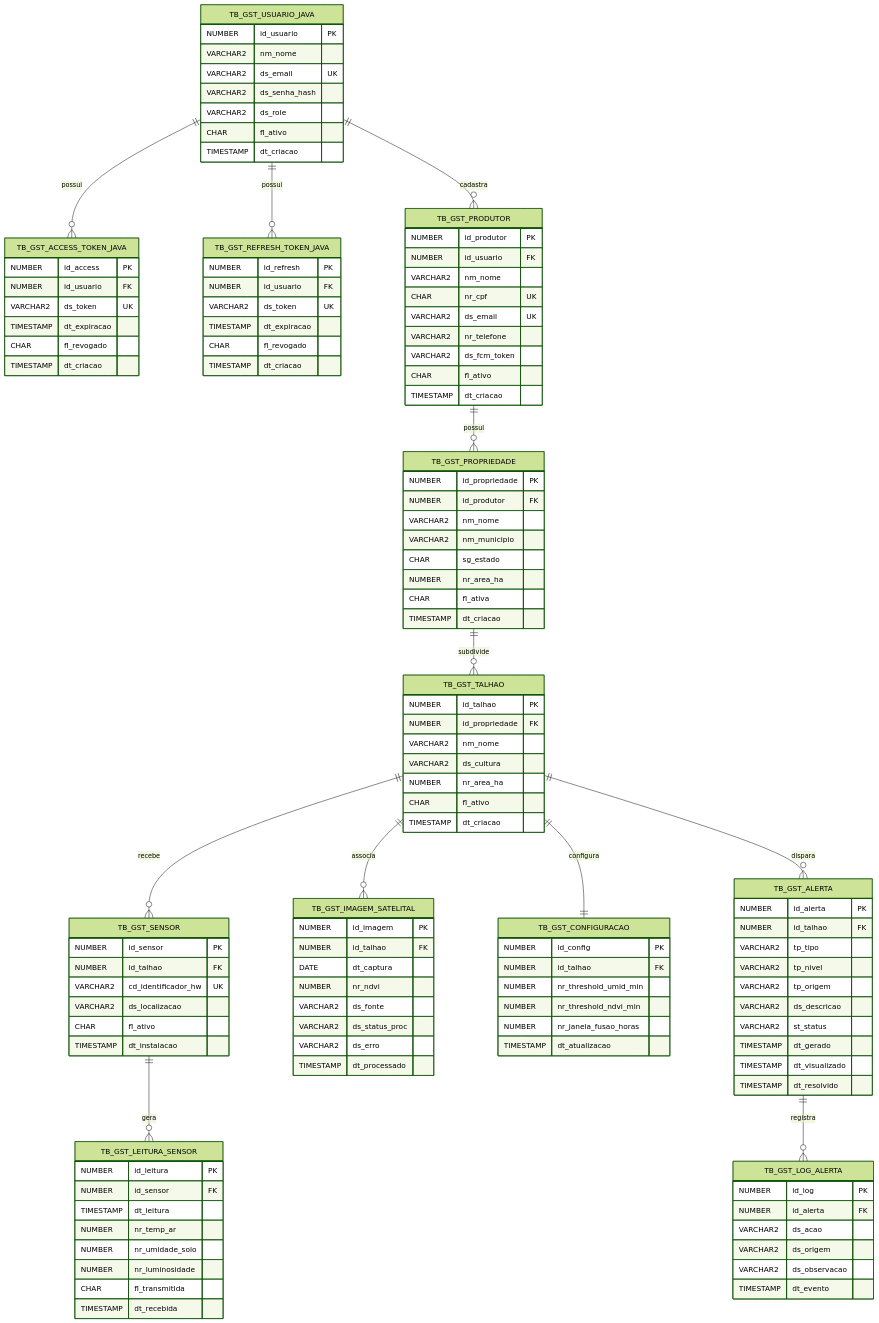
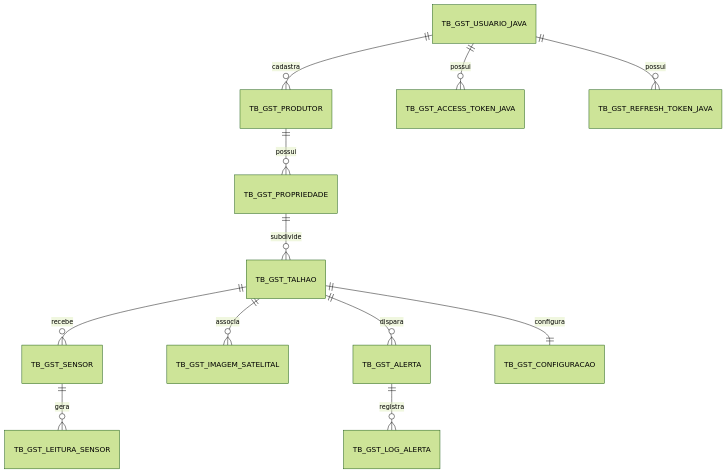
Before and after one commit to olavoneves/geosat-java: the diagram in README.md, drawn with Mermaid (forest theme). The commit also changed other lines of this file and 10 other files, not shown here.

````diff
--- a/README.md
+++ b/README.md
@@ -25,137 +23,14 @@
 ```mermaid
 erDiagram
-    TB_GST_USUARIO_JAVA {
-        NUMBER id_usuario PK
-        VARCHAR2 nm_nome
-        VARCHAR2 ds_email UK
-        VARCHAR2 ds_senha_hash
-        VARCHAR2 ds_role
-        CHAR fl_ativo
-        TIMESTAMP dt_criacao
-    }
-
-    TB_GST_ACCESS_TOKEN_JAVA {
-        NUMBER id_access PK
-        NUMBER id_usuario FK
-        VARCHAR2 ds_token UK
-        TIMESTAMP dt_expiracao
-        CHAR fl_revogado
-        TIMESTAMP dt_criacao
-    }
-
-    TB_GST_REFRESH_TOKEN_JAVA {
-        NUMBER id_refresh PK
-        NUMBER id_usuario FK
-        VARCHAR2 ds_token UK
-        TIMESTAMP dt_expiracao
-        CHAR fl_revogado
-        TIMESTAMP dt_criacao
-    }
-
-    TB_GST_PRODUTOR {
-        NUMBER id_produtor PK
-        NUMBER id_usuario FK
-        VARCHAR2 nm_nome
-        CHAR nr_cpf UK
-        VARCHAR2 ds_email UK
-        VARCHAR2 nr_telefone
-        VARCHAR2 ds_fcm_token
-        CHAR fl_ativo
-        TIMESTAMP dt_criacao
-    }
-
-    TB_GST_PROPRIEDADE {
-        NUMBER id_propriedade PK
-        NUMBER id_produtor FK
-        VARCHAR2 nm_nome
-        VARCHAR2 nm_municipio
-        CHAR sg_estado
-        NUMBER nr_area_ha
-        CHAR fl_ativa
-        TIMESTAMP dt_criacao
-    }
-
-    TB_GST_TALHAO {
-        NUMBER id_talhao PK
-        NUMBER id_propriedade FK
-        VARCHAR2 nm_nome
-        VARCHAR2 ds_cultura
-        NUMBER nr_area_ha
-        CHAR fl_ativo
-        TIMESTAMP dt_criacao
-    }
-
-    TB_GST_SENSOR {
-        NUMBER id_sensor PK
-        NUMBER id_talhao FK
-        VARCHAR2 cd_identificador_hw UK
-        VARCHAR2 ds_localizacao
-        CHAR fl_ativo
-        TIMESTAMP dt_instalacao
-    }
-
-    TB_GST_LEITURA_SENSOR {
-        NUMBER id_leitura PK
-        NUMBER id_sensor FK
-        TIMESTAMP dt_leitura
-        NUMBER nr_temp_ar
-        NUMBER nr_umidade_solo
-        NUMBER nr_luminosidade
-        CHAR fl_transmitida
-        TIMESTAMP dt_recebida
-    }
-
-    TB_GST_IMAGEM_SATELITAL {
-        NUMBER id_imagem PK
-        NUMBER id_talhao FK
-        DATE dt_captura
-        NUMBER nr_ndvi
-        VARCHAR2 ds_fonte
-        VARCHAR2 ds_status_proc
-        VARCHAR2 ds_erro
-        TIMESTAMP dt_processado
-    }
-
-    TB_GST_CONFIGURACAO {
-        NUMBER id_config PK
-        NUMBER id_talhao FK
-        NUMBER nr_threshold_umid_min
-        NUMBER nr_threshold_ndvi_min
-        NUMBER nr_janela_fusao_horas
-        TIMESTAMP dt_atualizacao
-    }
-
-    TB_GST_ALERTA {
-        NUMBER id_alerta PK
-        NUMBER id_talhao FK
-        VARCHAR2 tp_tipo
-        VARCHAR2 tp_nivel
-        VARCHAR2 tp_origem
-        VARCHAR2 ds_descricao
-        VARCHAR2 st_status
-        TIMESTAMP dt_gerado
-        TIMESTAMP dt_visualizado
-        TIMESTAMP dt_resolvido
-    }
-
-    TB_GST_LOG_ALERTA {
-        NUMBER id_log PK
-        NUMBER id_alerta FK
-        VARCHAR2 ds_acao
-        VARCHAR2 ds_origem
-        VARCHAR2 ds_observacao
-        TIMESTAMP dt_evento
-    }
-
+    TB_GST_USUARIO_JAVA ||--o{ TB_GST_PRODUTOR : "cadastra"
     TB_GST_USUARIO_JAVA ||--o{ TB_GST_ACCESS_TOKEN_JAVA : "possui"
     TB_GST_USUARIO_JAVA ||--o{ TB_GST_REFRESH_TOKEN_JAVA : "possui"
-    TB_GST_USUARIO_JAVA ||--o{ TB_GST_PRODUTOR : "cadastra"
-    TB_GST_PRODUTOR     ||--o{ TB_GST_PROPRIEDADE : "possui"
-    TB_GST_PROPRIEDADE  ||--o{ TB_GST_TALHAO : "subdivide"
-    TB_GST_TALHAO       ||--o{ TB_GST_SENSOR : "recebe"
-    TB_GST_TALHAO       ||--o{ TB_GST_IMAGEM_SATELITAL : "associa"
-    TB_GST_TALHAO       ||--o{ TB_GST_ALERTA : "dispara"
-    TB_GST_TALHAO       ||--|| TB_GST_CONFIGURACAO : "configura"
-    TB_GST_SENSOR       ||--o{ TB_GST_LEITURA_SENSOR : "gera"
-    TB_GST_ALERTA       ||--o{ TB_GST_LOG_ALERTA : "registra"
+    TB_GST_PRODUTOR ||--o{ TB_GST_PROPRIEDADE : "possui"
+    TB_GST_PROPRIEDADE ||--o{ TB_GST_TALHAO : "subdivide"
+    TB_GST_TALHAO ||--o{ TB_GST_SENSOR : "recebe"
+    TB_GST_TALHAO ||--o{ TB_GST_IMAGEM_SATELITAL : "associa"
+    TB_GST_TALHAO ||--o{ TB_GST_ALERTA : "dispara"
+    TB_GST_TALHAO ||--|| TB_GST_CONFIGURACAO : "configura"
+    TB_GST_SENSOR ||--o{ TB_GST_LEITURA_SENSOR : "gera"
+    TB_GST_ALERTA ||--o{ TB_GST_LOG_ALERTA : "registra"
 ```
````
